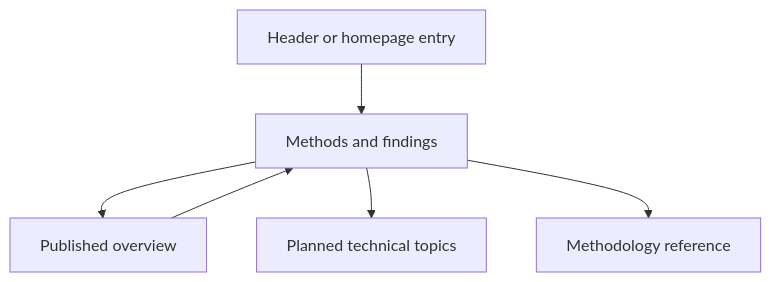
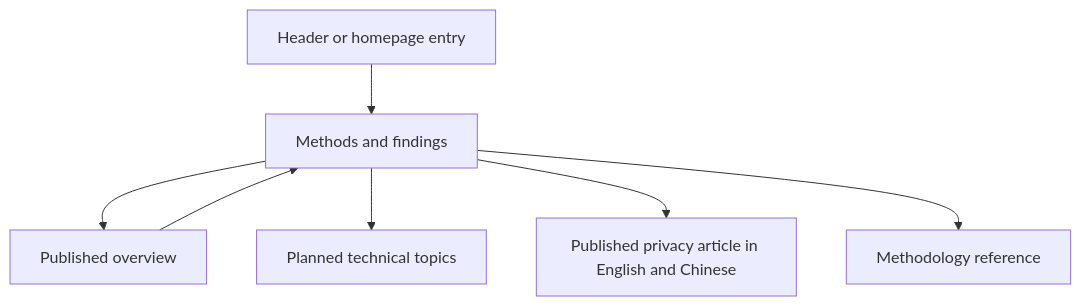
The diagram in docs/article-library.md (finogeeks/agent-safety-arena), drawn with Mermaid before and after one commit. The commit also changed other lines of this file and 8 other files, not shown here.

First line of the commit message:
Publish bilingual Agent privacy article with shared publication sources (#41)

````diff
--- a/docs/article-library.md
+++ b/docs/article-library.md
@@ -30,8 +38,9 @@
 ```mermaid
 flowchart TD
   N[Header or homepage entry] --> D[Methods and findings]
   D --> O[Published overview]
   D --> T[Planned technical topics]
+  D --> P[Published privacy article in English and Chinese]
   D --> R[Methodology reference]
   O --> D
 ```
````
